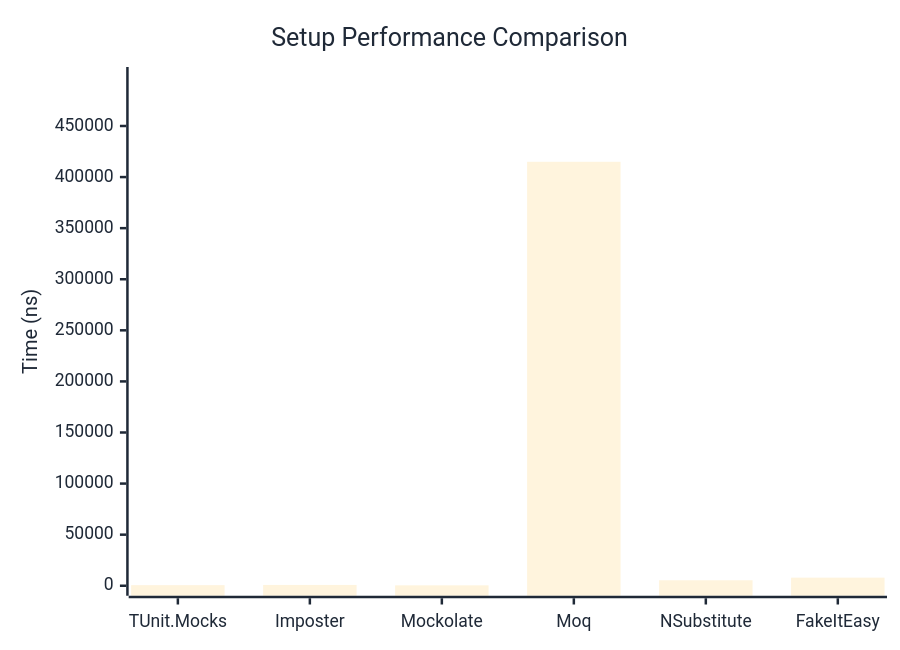
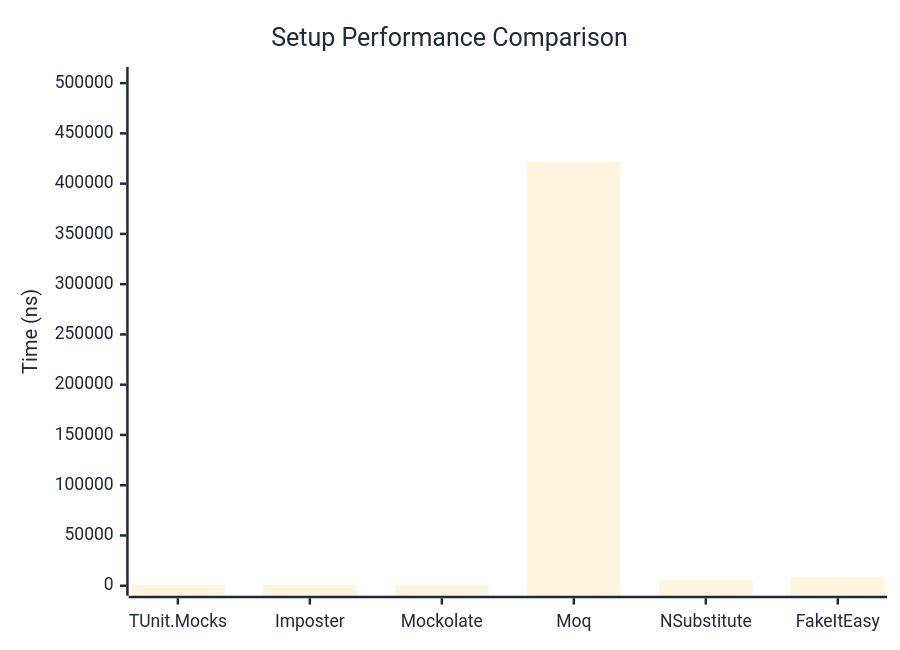
One commit to thomhurst/TUnit changed the first of 2 diagrams in docs/docs/benchmarks/mocks/Setup.md. Above: the diagram before and after it, drawn with Mermaid. The commit also changed other lines of this file and 13 other files, not shown here.

````diff
--- a/docs/docs/benchmarks/mocks/Setup.md
+++ b/docs/docs/benchmarks/mocks/Setup.md
@@ -28,27 +28,27 @@
 ```mermaid
 %%{init: {
   'theme':'base',
   'themeVariables': {
     'primaryColor': '#2563eb',
     'primaryTextColor': '#1f2937',
     'primaryBorderColor': '#1e40af',
     'lineColor': '#6b7280',
     'secondaryColor': '#7c3aed',
     'tertiaryColor': '#dc2626',
     'background': '#ffffff',
     'pie1': '#2563eb',
     'pie2': '#7c3aed',
     'pie3': '#dc2626',
     'pie4': '#f59e0b',
     'pie5': '#10b981',
     'pie6': '#06b6d4',
     'pie7': '#ec4899',
     'pie8': '#6366f1'
   }
 }}%%
 xychart-beta
   title "Setup Performance Comparison"
   x-axis ["TUnit.Mocks", "Imposter", "Mockolate", "Moq", "NSubstitute", "FakeItEasy"]
-  y-axis "Time (ns)" 0 --> 497945
-  bar [572.4, 792.4, 397.9, 414953.7, 5364.6, 7917.3]
+  y-axis "Time (ns)" 0 --> 506084
+  bar [776.6, 787.7, 444.8, 421736.6, 5590.6, 8098.2]
 ```
````
